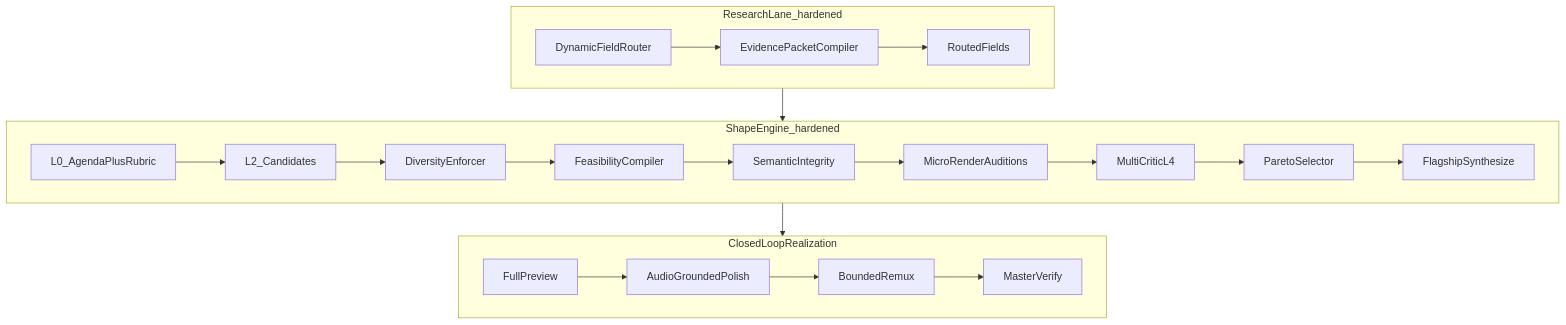
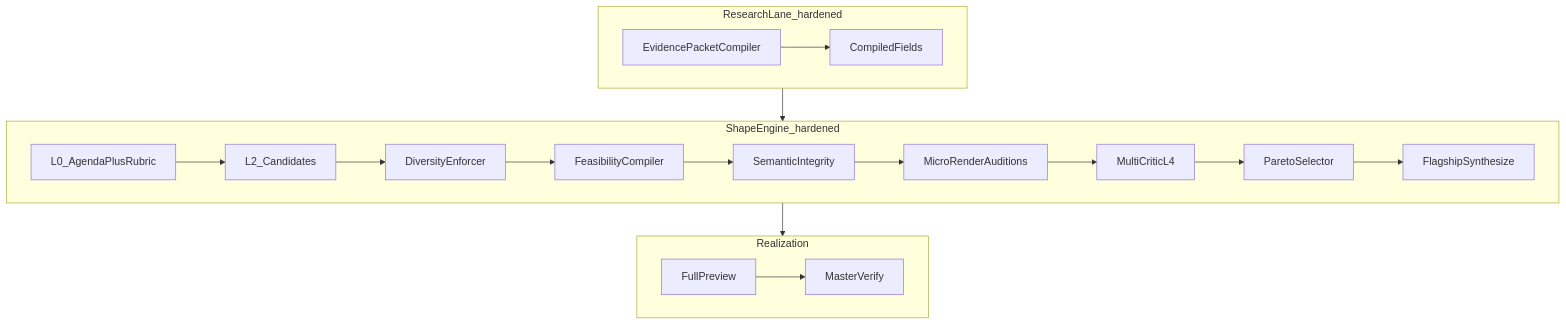
Before and after one commit to NicketUttarwar/interview_helper_mux: the diagram in docs/cross-cutting/mastering-quality-hardening.md, drawn with Mermaid. The commit also changed other lines of this file and 358 other files, not shown here.

````diff
--- a/docs/cross-cutting/mastering-quality-hardening.md
+++ b/docs/cross-cutting/mastering-quality-hardening.md
@@ -13,29 +13,26 @@
 ```mermaid
 flowchart TB
   subgraph research [ResearchLane_hardened]
-    Route[DynamicFieldRouter]
     Ctx[EvidencePacketCompiler]
-    Fields[RoutedFields]
-    Route --> Ctx --> Fields
+    Fields[CompiledFields]
+    Ctx --> Fields
   end
   subgraph shape [ShapeEngine_hardened]
     L0[L0_AgendaPlusRubric]
     L2[L2_Candidates]
     Div[DiversityEnforcer]
     Feas[FeasibilityCompiler]
     Sem[SemanticIntegrity]
     Aud[MicroRenderAuditions]
     L4m[MultiCriticL4]
     Par[ParetoSelector]
     Synth[FlagshipSynthesize]
     L0 --> L2 --> Div --> Feas --> Sem --> Aud --> L4m --> Par --> Synth
   end
-  subgraph realize [ClosedLoopRealization]
+  subgraph realize [Realization]
     Prev[FullPreview]
-    Pol[AudioGroundedPolish]
-    Remux[BoundedRemux]
     Ver[MasterVerify]
-    Prev --> Pol --> Remux --> Ver
+    Prev --> Ver
   end
   research --> shape --> realize
 ```
````
